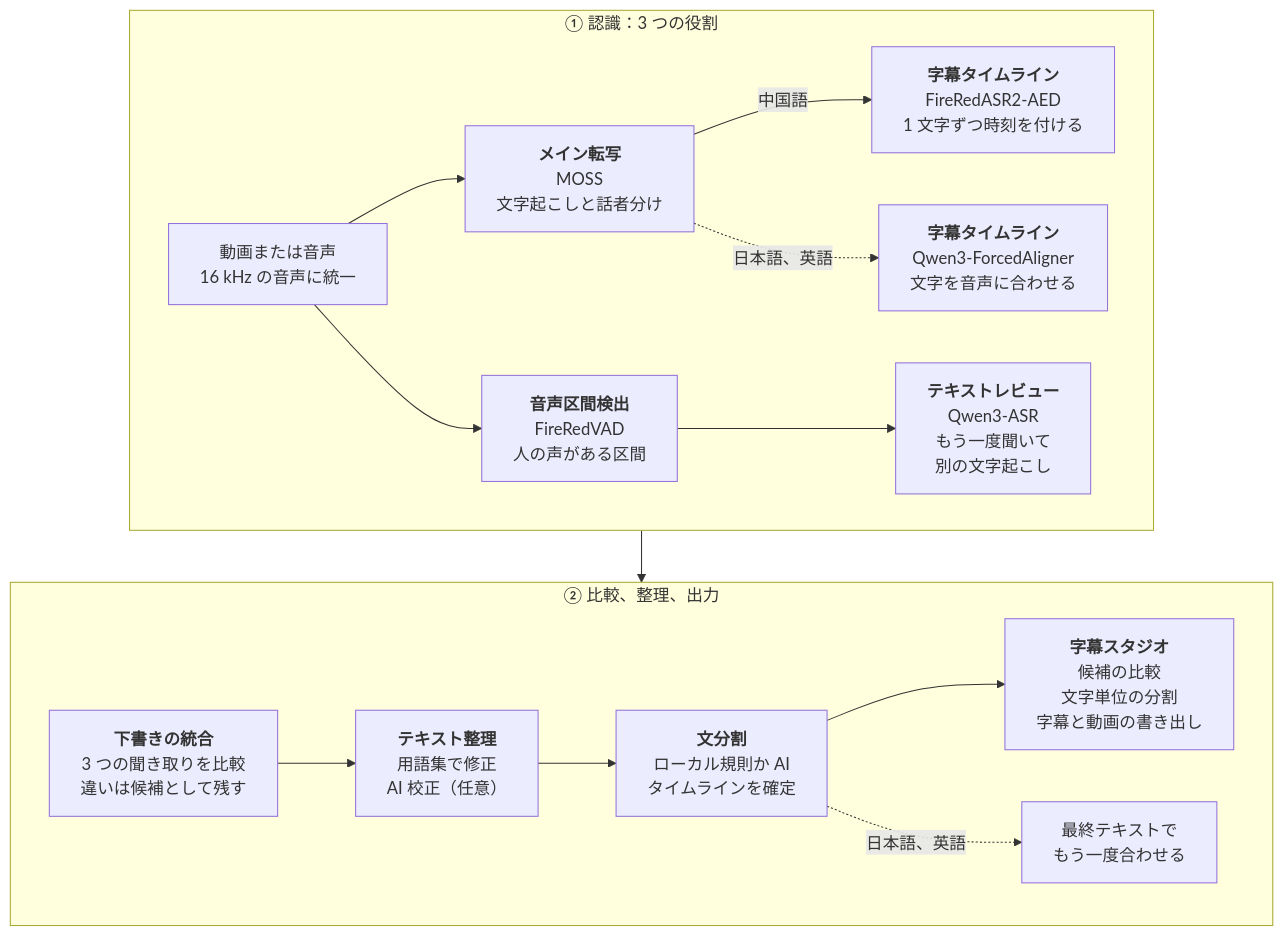
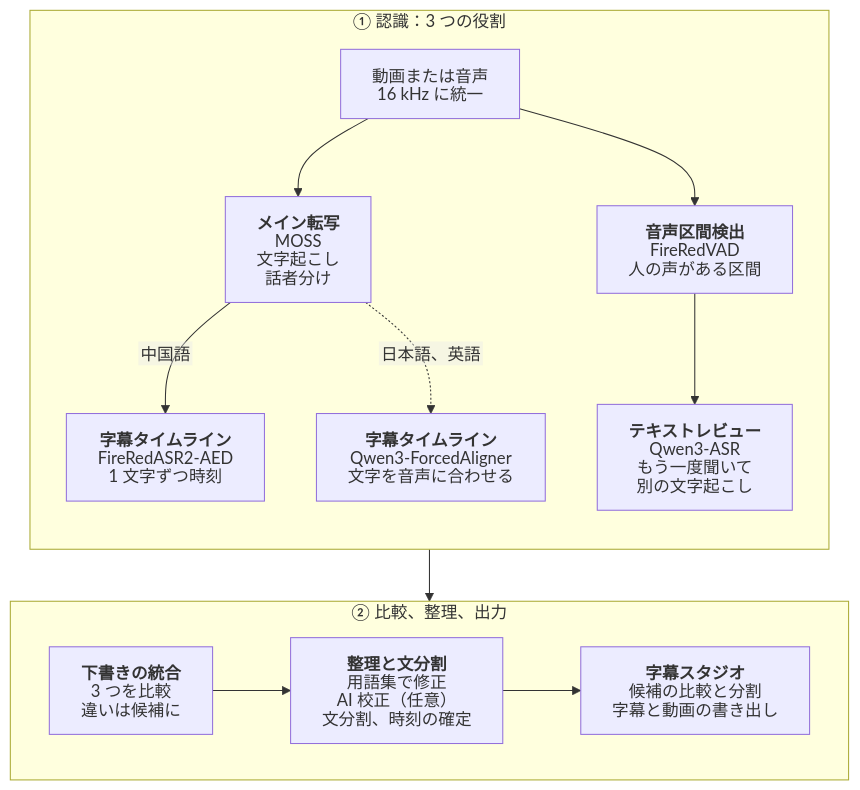
Before and after one commit to NOTBAD314/2ByteASR: the diagram in README_JA.md, drawn with Mermaid. The commit also changed 3 other files, not shown here.

First line of the commit message:
docs: README flow chart uses SVG text labels so GitHub does not clip them [skip ci]

````diff
--- a/README_JA.md
+++ b/README_JA.md
@@ -162,19 +162,38 @@
 ```mermaid
+%%{init: {"htmlLabels": false, "flowchart": {"htmlLabels": false}}}%%
 flowchart TB
     subgraph REC["① 認識：3 つの役割"]
-        direction LR
-        A["動画または音声<br>16 kHz の音声に統一"] --> M["<b>メイン転写</b><br>MOSS<br>文字起こしと話者分け"]
-        A --> V["<b>音声区間検出</b><br>FireRedVAD<br>人の声がある区間"]
-        M -->|中国語| F["<b>字幕タイムライン</b><br>FireRedASR2-AED<br>1 文字ずつ時刻を付ける"]
-        M -.->|日本語、英語| Q["<b>字幕タイムライン</b><br>Qwen3-ForcedAligner<br>文字を音声に合わせる"]
-        V --> R["<b>テキストレビュー</b><br>Qwen3-ASR<br>もう一度聞いて<br>別の文字起こし"]
+        direction TB
+        A["`動画または音声
+16 kHz に統一`"] --> M["`**メイン転写**
+MOSS
+文字起こし
+話者分け`"]
+        A --> V["`**音声区間検出**
+FireRedVAD
+人の声がある区間`"]
+        M -->|中国語| F["`**字幕タイムライン**
+FireRedASR2-AED
+1 文字ずつ時刻`"]
+        M -.->|日本語、英語| Q["`**字幕タイムライン**
+Qwen3-ForcedAligner
+文字を音声に合わせる`"]
+        V --> R["`**テキストレビュー**
+Qwen3-ASR
+もう一度聞いて
+別の文字起こし`"]
     end
     subgraph POST["② 比較、整理、出力"]
         direction LR
-        D["<b>下書きの統合</b><br>3 つの聞き取りを比較<br>違いは候補として残す"] --> T["<b>テキスト整理</b><br>用語集で修正<br>AI 校正（任意）"]
-        T --> S["<b>文分割</b><br>ローカル規則か AI<br>タイムラインを確定"]
-        S --> P["<b>字幕スタジオ</b><br>候補の比較<br>文字単位の分割<br>字幕と動画の書き出し"]
-        S -.->|日本語、英語| J["最終テキストで<br>もう一度合わせる"]
+        D["`**下書きの統合**
+3 つを比較
+違いは候補に`"] --> T["`**整理と文分割**
+用語集で修正
+AI 校正（任意）
+文分割、時刻の確定`"]
+        T --> P["`**字幕スタジオ**
+候補の比較と分割
+字幕と動画の書き出し`"]
     end
     REC --> POST
 ```
````
